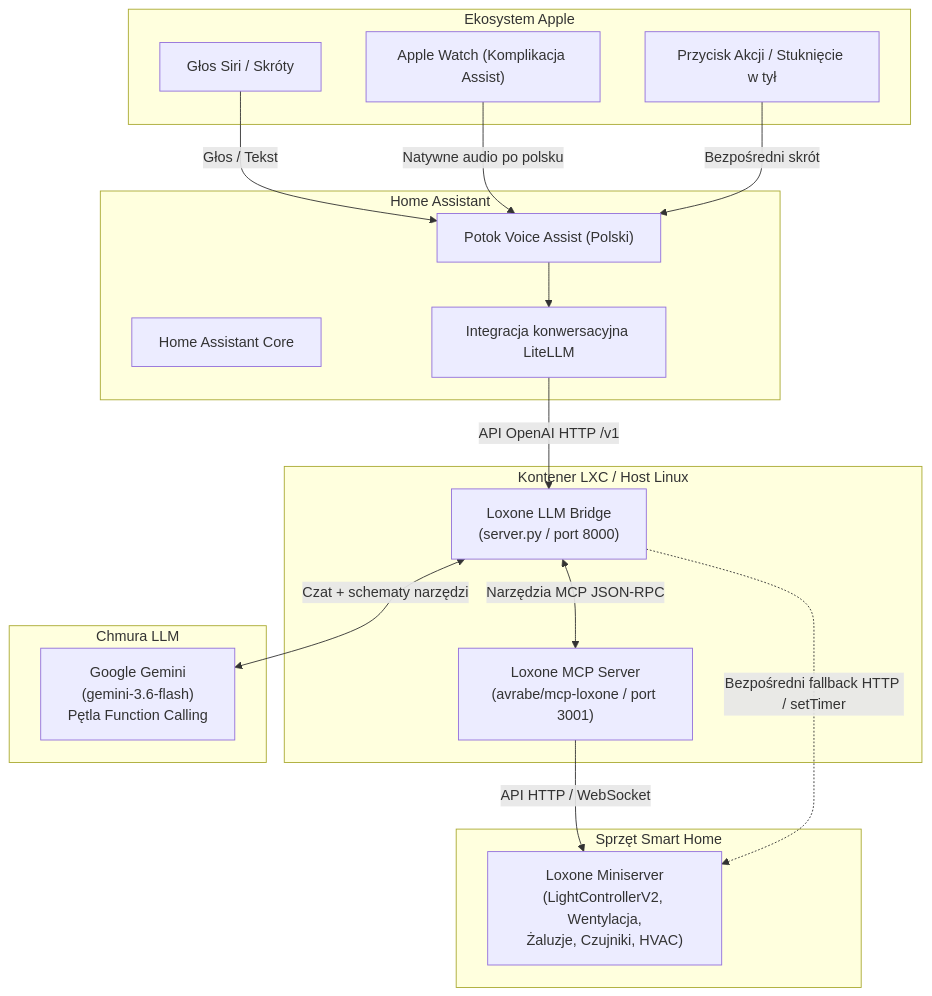
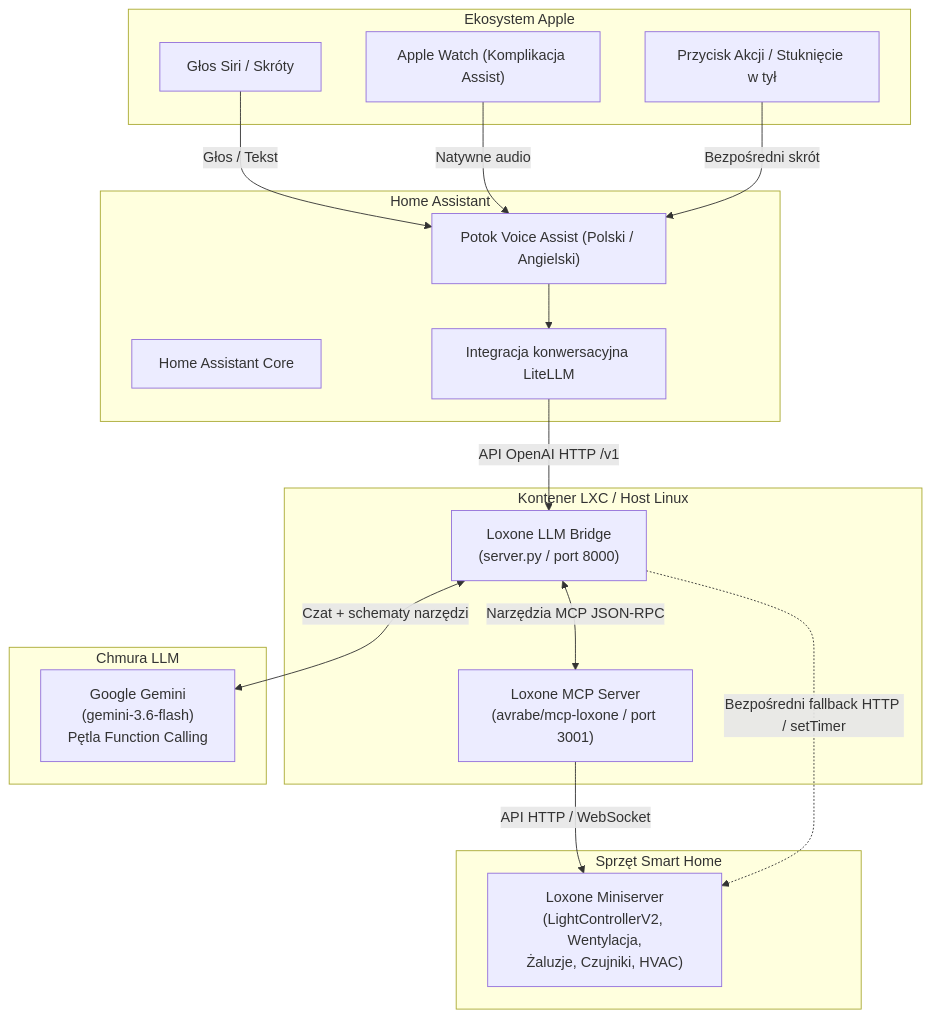
Before and after one commit to cayco/loxone-llm: the diagram in README_PL.md, drawn with Mermaid. The commit also changed other lines of this file and 3 other files, not shown here.

````diff
--- a/README_PL.md
+++ b/README_PL.md
@@ -16,37 +16,37 @@
 ```mermaid
 flowchart TD
     subgraph AppleEcosystem["Ekosystem Apple"]
         Siri["Głos Siri / Skróty"]
         Watch["Apple Watch (Komplikacja Assist)"]
         ActionButton["Przycisk Akcji / Stuknięcie w tył"]
     end
 
     subgraph HomeAssistant["Home Assistant"]
         HACore["Home Assistant Core"]
-        VoiceAssist["Potok Voice Assist (Polski)"]
+        VoiceAssist["Potok Voice Assist (Polski / Angielski)"]
         LiteLLM["Integracja konwersacyjna LiteLLM"]
     end
 
     subgraph BridgeHost["Kontener LXC / Host Linux"]
         Bridge["Loxone LLM Bridge\n(server.py / port 8000)"]
         MCP["Loxone MCP Server\n(avrabe/mcp-loxone / port 3001)"]
     end
 
     subgraph Cloud["Chmura LLM"]
         Gemini["Google Gemini\n(gemini-3.6-flash)\nPętla Function Calling"]
     end
 
     subgraph SmartHome["Sprzęt Smart Home"]
         Miniserver["Loxone Miniserver\n(LightControllerV2, Wentylacja,\nŻaluzje, Czujniki, HVAC)"]
     end
 
     Siri -->|Głos / Tekst| VoiceAssist
-    Watch -->|Natywne audio po polsku| VoiceAssist
+    Watch -->|Natywne audio| VoiceAssist
     ActionButton -->|Bezpośredni skrót| VoiceAssist
     VoiceAssist --> LiteLLM
     LiteLLM -->|API OpenAI HTTP /v1| Bridge
     Bridge <-->|Czat + schematy narzędzi| Gemini
     Bridge <-->|Narzędzia MCP JSON-RPC| MCP
     MCP -->|API HTTP / WebSocket| Miniserver
     Bridge -.->|Bezpośredni fallback HTTP / setTimer| Miniserver
 ```
````
